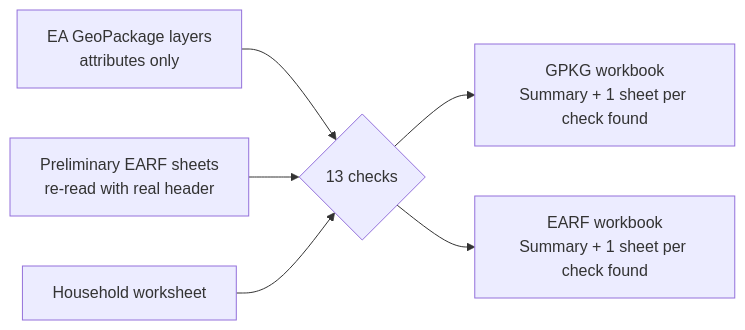
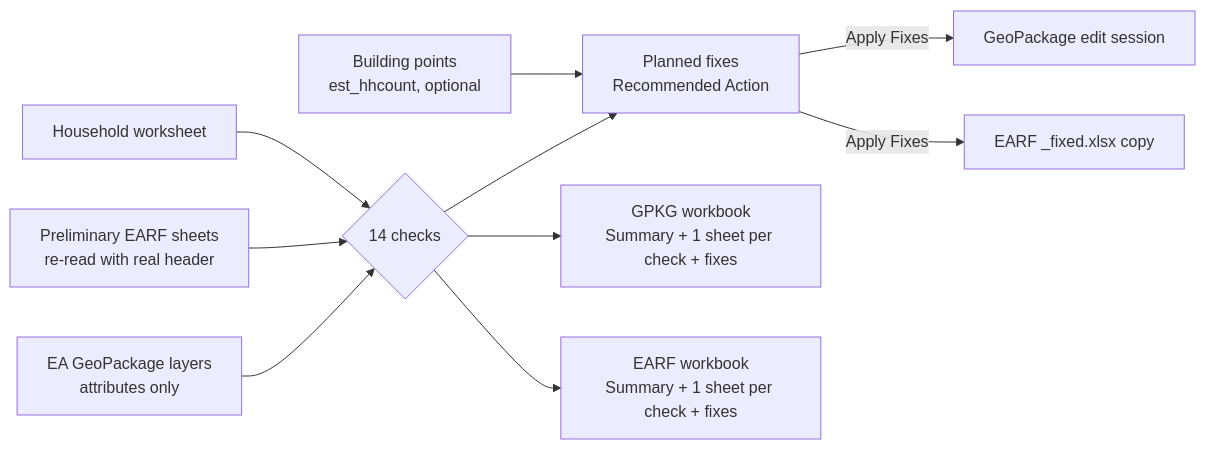
The diagram in docs/tools/test_earf_inconsistency.md (GMD-Repository/GMD_COProcessing), drawn with Mermaid before and after one commit. The commit also changed other lines of this file and 4 other files, not shown here.

Commit message:
feat: add test earf inconsistency check tool and documentation

````diff
--- a/docs/tools/test_earf_inconsistency.md
+++ b/docs/tools/test_earf_inconsistency.md
@@ -27,8 +38,12 @@
 ```mermaid
 flowchart LR
-  G[EA GeoPackage layers<br/>attributes only] --> C{13 checks}
+  G[EA GeoPackage layers<br/>attributes only] --> C{14 checks}
   E[Preliminary EARF sheets<br/>re-read with real header] --> C
   H[Household worksheet] --> C
-  C --> W1["GPKG workbook<br/>Summary + 1 sheet per check found"]
-  C --> W2["EARF workbook<br/>Summary + 1 sheet per check found"]
+  C --> P[Planned fixes<br/>Recommended Action]
+  B[Building points<br/>est_hhcount, optional] --> P
+  P -->|Apply Fixes| GE[GeoPackage edit session]
+  P -->|Apply Fixes| EF["EARF _fixed.xlsx copy"]
+  C --> W1["GPKG workbook<br/>Summary + 1 sheet per check + fixes"]
+  C --> W2["EARF workbook<br/>Summary + 1 sheet per check + fixes"]
 ```
````
